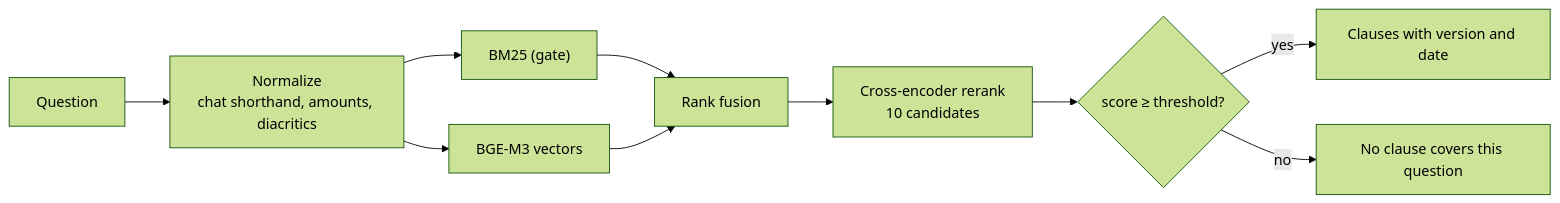
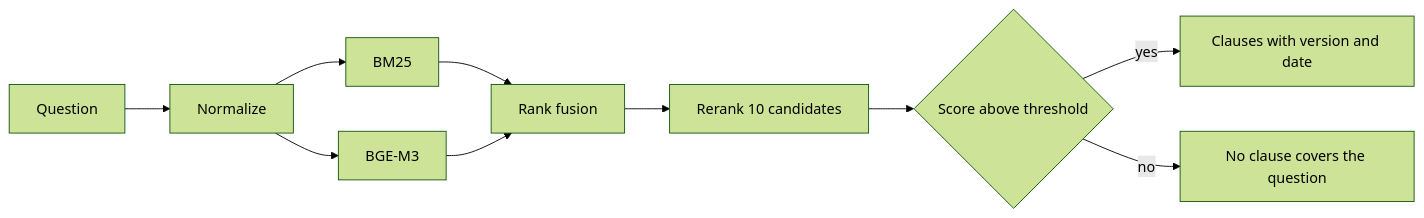
The second of 2 diagrams in README.md (nvtanphat/support-shop), drawn with Mermaid (forest theme) before and after one commit. The commit also changed other lines of this file, not shown here.

First line of the commit message:
docs(readme): shorten and replace the Mermaid diagrams that failed to render

````diff
--- a/README.md
+++ b/README.md
@@ -140,12 +51,12 @@
 ```mermaid
 flowchart LR
-    Q["Question"] --> N["Normalize<br/>chat shorthand, amounts, diacritics"]
-    N --> B["BM25 (gate)"]
-    N --> V["BGE-M3 vectors"]
-    B --> F["Rank fusion"]
+    Q[Question] --> N[Normalize]
+    N --> B[BM25]
+    N --> V[BGE-M3]
+    B --> F[Rank fusion]
     V --> F
-    F --> R["Cross-encoder rerank<br/>10 candidates"]
-    R --> T{"score ≥ threshold?"}
-    T -->|yes| A["Clauses with version and date"]
-    T -->|no| X["No clause covers this question"]
+    F --> R[Rerank 10 candidates]
+    R --> T{Score above threshold}
+    T -->|yes| A[Clauses with version and date]
+    T -->|no| X[No clause covers the question]
 ```
````
